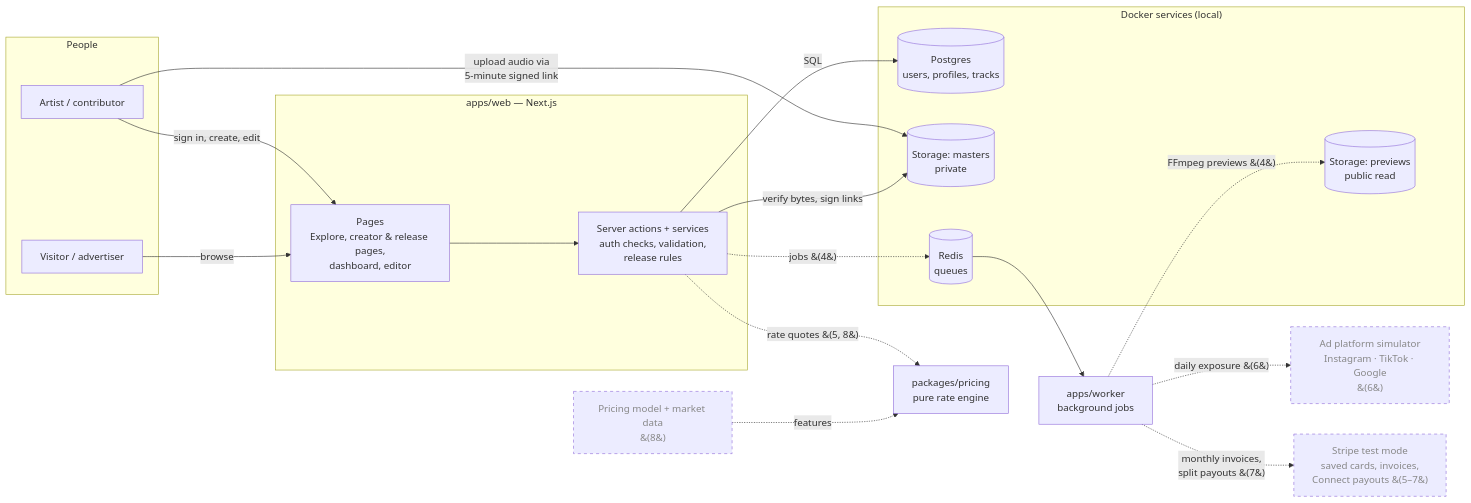
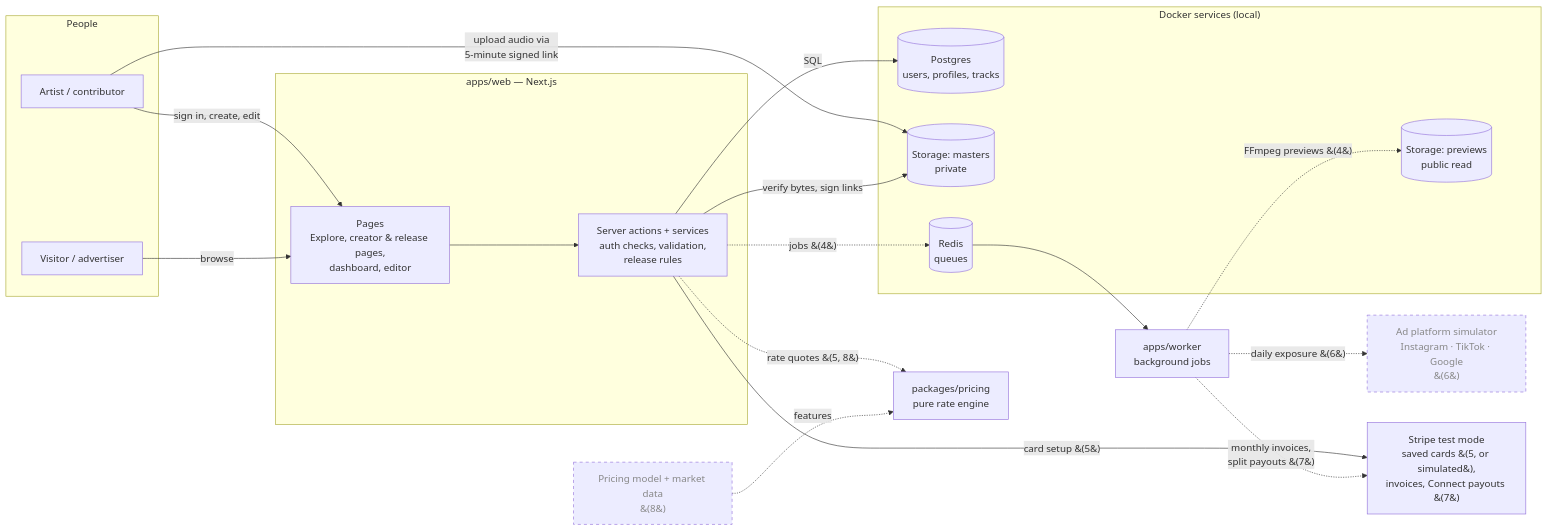
The diagram in docs/ARCHITECTURE.md (dorsta123/ferrel-forge), drawn with Mermaid before and after one commit. The commit also changed 7 other files, not shown here.

````diff
--- a/docs/ARCHITECTURE.md
+++ b/docs/ARCHITECTURE.md
@@ -5,42 +5,43 @@
 ```mermaid
 flowchart LR
   subgraph People
     A[Artist / contributor]
     V[Visitor / advertiser]
   end
 
   subgraph Web["apps/web — Next.js"]
     P[Pages<br/>Explore, creator & release pages,<br/>dashboard, editor]
     SA[Server actions + services<br/>auth checks, validation,<br/>release rules]
   end
 
   subgraph Data["Docker services (local)"]
     PG[(Postgres<br/>users, profiles, tracks)]
     S3M[(Storage: masters<br/>private)]
     S3P[(Storage: previews<br/>public read)]
     R[(Redis<br/>queues)]
   end
 
   W[apps/worker<br/>background jobs]
   PR[packages/pricing<br/>pure rate engine]
 
   SIM[Ad platform simulator<br/>Instagram · TikTok · Google<br/>&#40;6&#41;]:::planned
-  ST[Stripe test mode<br/>saved cards, invoices,<br/>Connect payouts &#40;5–7&#41;]:::planned
+  ST[Stripe test mode<br/>saved cards &#40;5, or simulated&#41;,<br/>invoices, Connect payouts &#40;7&#41;]
   ML[Pricing model + market data<br/>&#40;8&#41;]:::planned
 
   A -- sign in, create, edit --> P
   V -- browse --> P
   P --> SA
   SA -- SQL --> PG
   A -- upload audio via<br/>5-minute signed link --> S3M
   SA -- verify bytes, sign links --> S3M
+  SA -- card setup &#40;5&#41; --> ST
   SA -. jobs &#40;4&#41; .-> R
   R --> W
   W -. FFmpeg previews &#40;4&#41; .-> S3P
   W -. daily exposure &#40;6&#41; .-> SIM
   W -. monthly invoices,<br/>split payouts &#40;7&#41; .-> ST
   SA -. rate quotes &#40;5, 8&#41; .-> PR
   ML -. features .-> PR
 
   classDef planned stroke-dasharray: 5 5,color:#888
 ```
````
